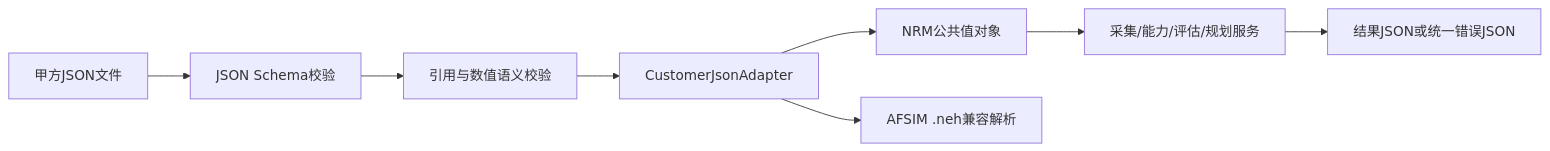
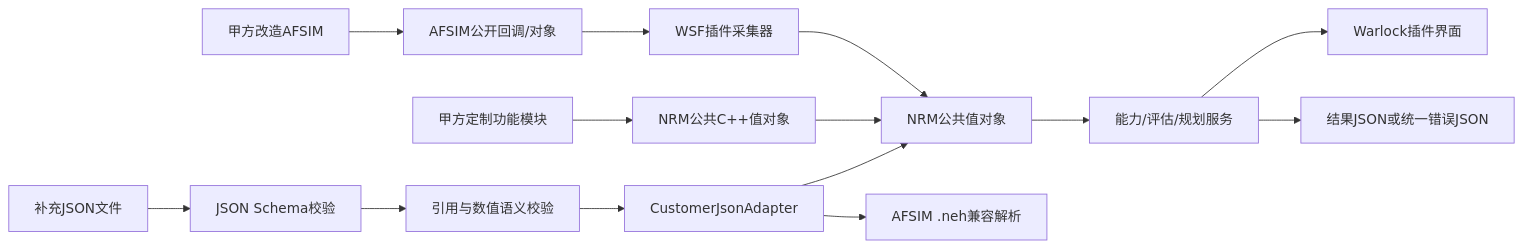
Before and after one commit to violetnozomi/afsim: the diagram in docs/superpowers/specs/2026-08-13-customer-json-interface-baseline-design.md, drawn with Mermaid. The commit also changed other lines of this file, not shown here.

Commit message:
docs: align customer interface with AFSIM plugin deployment

````diff
--- a/docs/superpowers/specs/2026-08-13-customer-json-interface-baseline-design.md
+++ b/docs/superpowers/specs/2026-08-13-customer-json-interface-baseline-design.md
@@ -148,10 +154,16 @@
 ```mermaid
 flowchart LR
-    file[甲方JSON文件] --> schema[JSON Schema校验]
+    afsim[甲方改造AFSIM] --> callback[AFSIM公开回调/对象]
+    module[甲方定制功能模块] --> values[NRM公共C++值对象]
+    file[补充JSON文件] --> schema[JSON Schema校验]
     schema --> semantic[引用与数值语义校验]
     semantic --> adapter[CustomerJsonAdapter]
-    adapter --> objects[NRM公共值对象]
-    objects --> service[采集/能力/评估/规划服务]
+    callback --> collector[WSF插件采集器]
+    collector --> objects[NRM公共值对象]
+    values --> objects
+    adapter --> objects
+    objects --> service[能力/评估/规划服务]
+    service --> gui[Warlock插件界面]
     service --> output[结果JSON或统一错误JSON]
     adapter --> neh[AFSIM .neh兼容解析]
 ```
````
